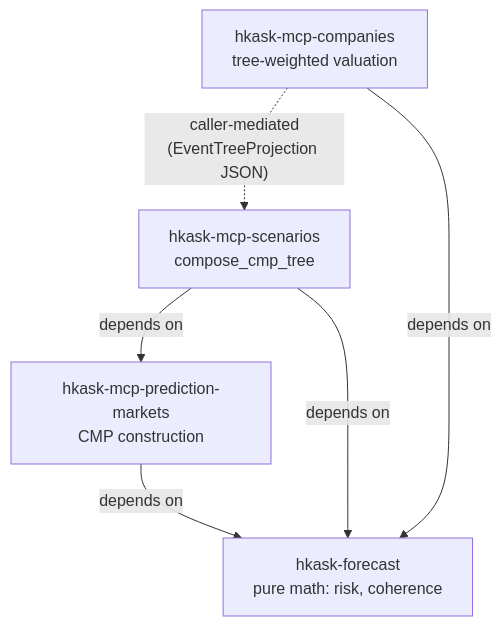
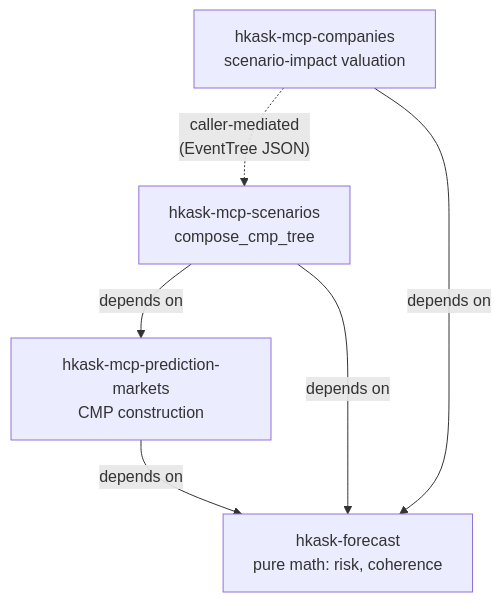
Before and after one commit to mdz-axo/zed-kask: the fifth of 13 diagrams in kask/docs/diagrams/architecture.md, drawn with Mermaid. The commit also changed other lines of this file and 35 other files, not shown here.

First line of the commit message:
Delete the screening, reports, files, and 2x2 scenario tools from the companies server

````diff
--- a/kask/docs/diagrams/architecture.md
+++ b/kask/docs/diagrams/architecture.md
@@ -184,13 +184,13 @@
 ```mermaid
 graph TD
     forecast["hkask-forecast<br/>pure math: risk, coherence"]
     pm["hkask-mcp-prediction-markets<br/>CMP construction"]
     scenarios["hkask-mcp-scenarios<br/>compose_cmp_tree"]
-    companies["hkask-mcp-companies<br/>tree-weighted valuation"]
+    companies["hkask-mcp-companies<br/>scenario-impact valuation"]
 
     pm -->|"depends on"| forecast
     scenarios -->|"depends on"| forecast
     scenarios -->|"depends on"| pm
     companies -->|"depends on"| forecast
-    companies -.->|"caller-mediated<br/>(EventTreeProjection JSON)"| scenarios
+    companies -.->|"caller-mediated<br/>(EventTree JSON)"| scenarios
 ```
````
